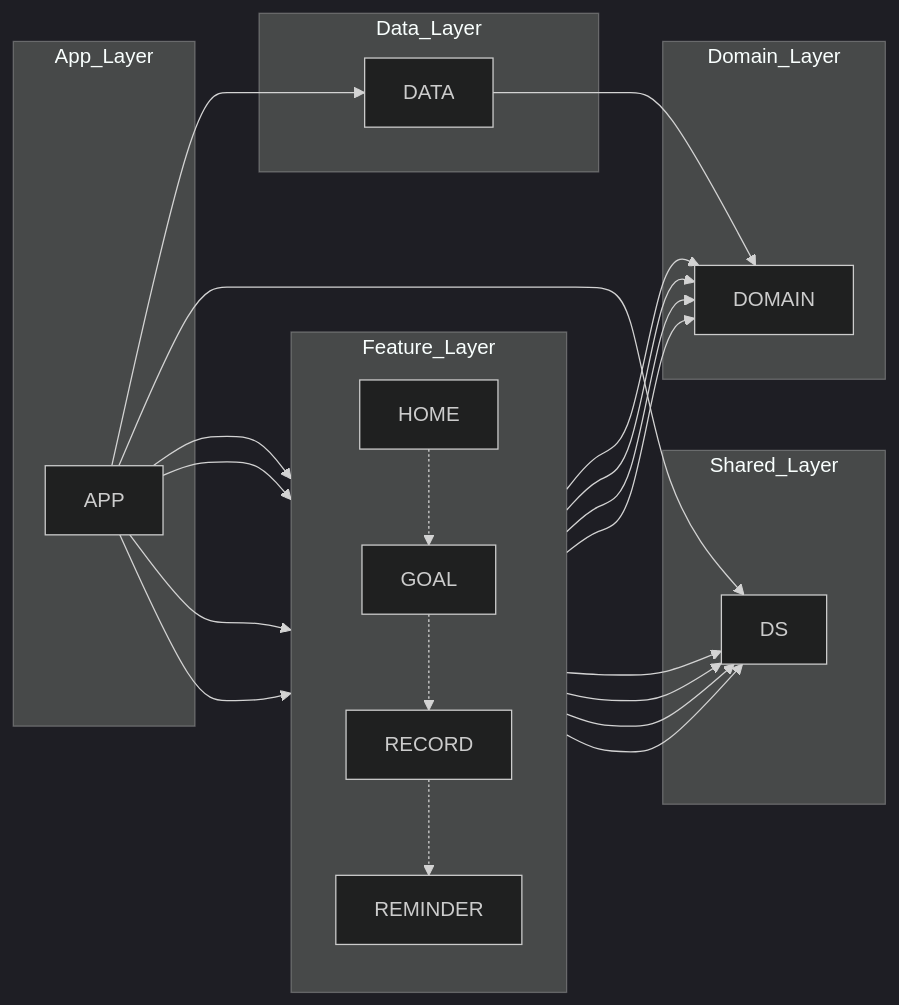
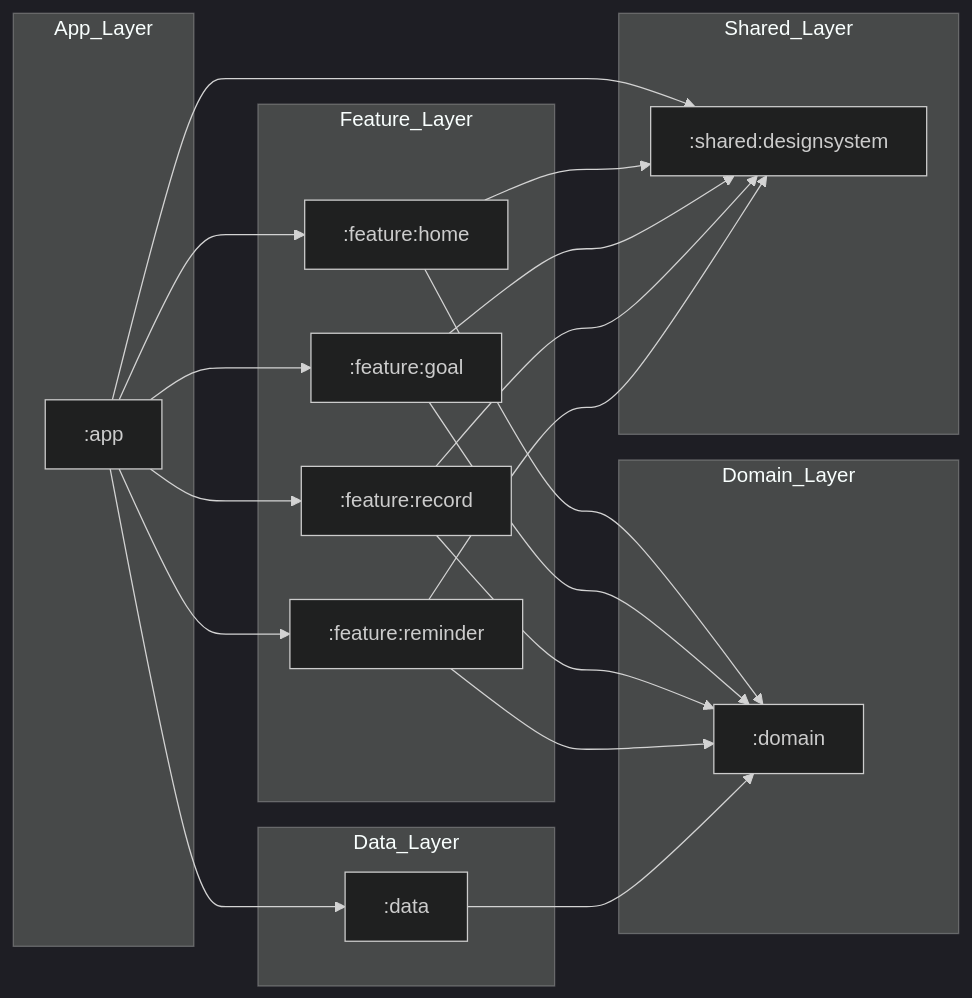
The diagram in README.md (Jiyeong-kor/RunningGoalTracker), drawn with Mermaid (dark theme) before and after one commit.

````diff
--- a/README.md
+++ b/README.md
@@ -72,51 +72,52 @@
 ```mermaid
 graph LR
+    %% App Layer
     subgraph App_Layer
-        APP
+        APP[":app"]
     end
 
+    %% Feature Layer
     subgraph Feature_Layer
-        direction TB
-        HOME
-        GOAL
-        RECORD
-        REMINDER
+        HOME[":feature:home"]
+        GOAL[":feature:goal"]
+        RECORD[":feature:record"]
+        REMINDER[":feature:reminder"]
     end
 
+    %% Domain Layer
     subgraph Domain_Layer
-        DOMAIN
+        DOMAIN[":domain"]
     end
 
+    %% Data Layer
     subgraph Data_Layer
-        DATA
+        DATA[":data"]
     end
 
+    %% Shared Layer
     subgraph Shared_Layer
-        DS
+        DesignSystem[":shared:designsystem"]
     end
 
+    %% App -> Feature
     APP --> HOME
     APP --> GOAL
     APP --> RECORD
     APP --> REMINDER
     APP --> DATA
-    APP --> DS
+    APP --> DesignSystem
 
+    %% Feature -> Domain / Shared
     HOME --> DOMAIN
     GOAL --> DOMAIN
     RECORD --> DOMAIN
     REMINDER --> DOMAIN
 
-    HOME --> DS
-    GOAL --> DS
-    RECORD --> DS
-    REMINDER --> DS
+    HOME --> DesignSystem
+    GOAL --> DesignSystem
+    RECORD --> DesignSystem
+    REMINDER --> DesignSystem
 
+    %% Data -> Domain
     DATA --> DOMAIN
-
-    %% 정렬용 invisible links
-    HOME -.-> GOAL
-    GOAL -.-> RECORD
-    RECORD -.-> REMINDER
-
 ```
````
